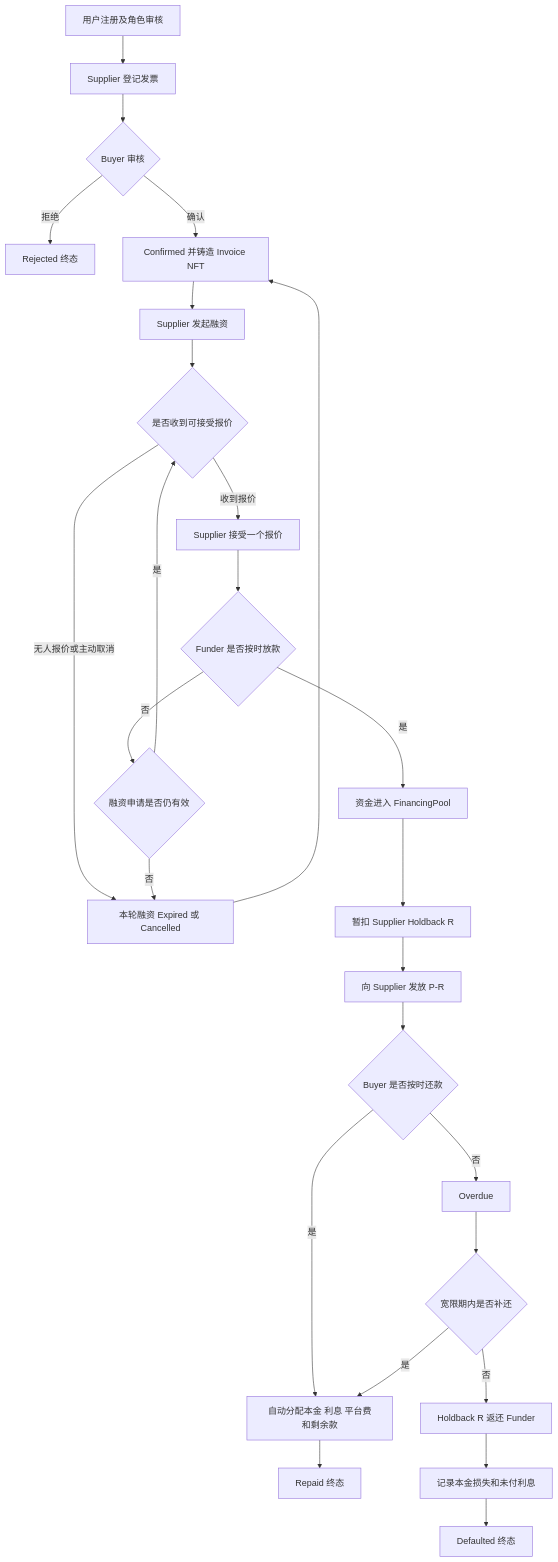
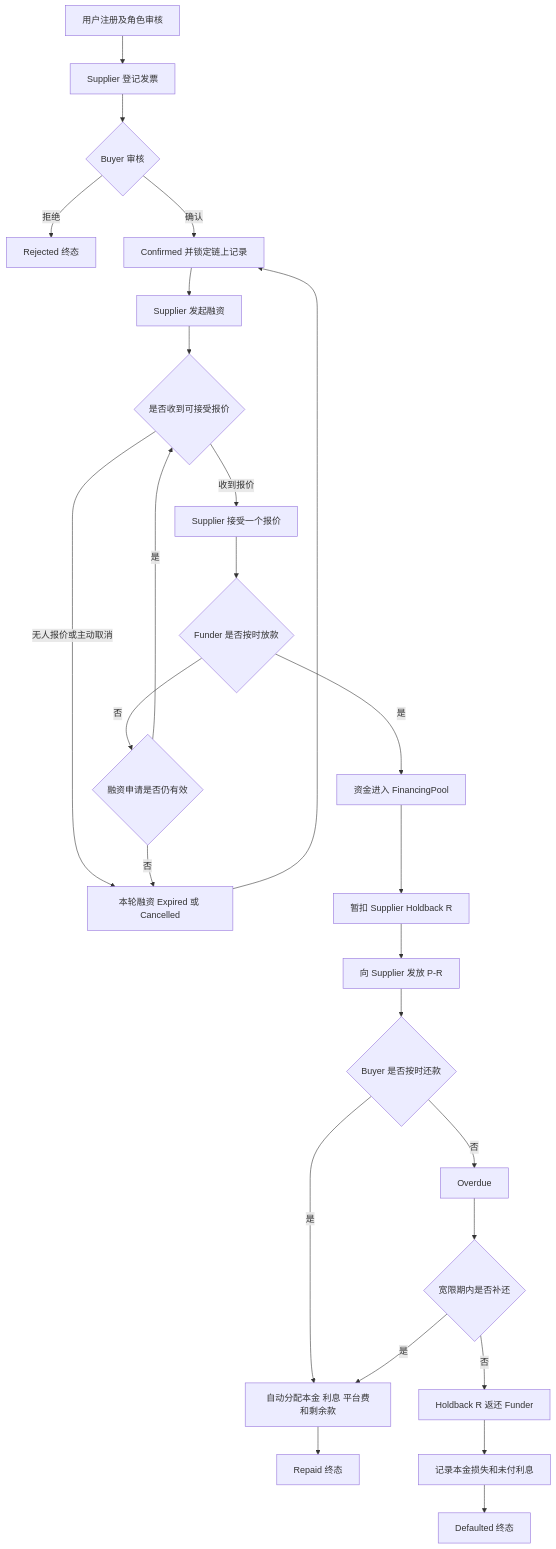
Before and after one commit to GeraltWu/blockchain-sme-receivables-financing: the fourth of 9 diagrams in doc/设计文档.md, drawn with Mermaid. The commit also changed other lines of this file and 68 other files, not shown here.

````diff
--- a/doc/设计文档.md
+++ b/doc/设计文档.md
@@ -454,28 +453,28 @@
 ```mermaid
 flowchart TD
     A[用户注册及角色审核] --> B[Supplier 登记发票]
     B --> C{Buyer 审核}
     C -->|拒绝| Z1[Rejected 终态]
-    C -->|确认| D[Confirmed 并铸造 Invoice NFT]
+    C -->|确认| D[Confirmed 并锁定链上记录]
     D --> E[Supplier 发起融资]
     E --> F{是否收到可接受报价}
     F -->|无人报价或主动取消| Z2[本轮融资 Expired 或 Cancelled]
     Z2 --> D
     F -->|收到报价| G[Supplier 接受一个报价]
     G --> H{Funder 是否按时放款}
     H -->|否| X{融资申请是否仍有效}
     X -->|是| F
     X -->|否| Z2
     H -->|是| I[资金进入 FinancingPool]
     I --> J[暂扣 Supplier Holdback R]
     J --> K[向 Supplier 发放 P-R]
     K --> L{Buyer 是否按时还款}
     L -->|是| M[自动分配本金 利息 平台费和剩余款]
     M --> Z3[Repaid 终态]
     L -->|否| N[Overdue]
     N --> O{宽限期内是否补还}
     O -->|是| M
     O -->|否| P[Holdback R 返还 Funder]
     P --> Q[记录本金损失和未付利息]
     Q --> Z4[Defaulted 终态]
 ```
````
